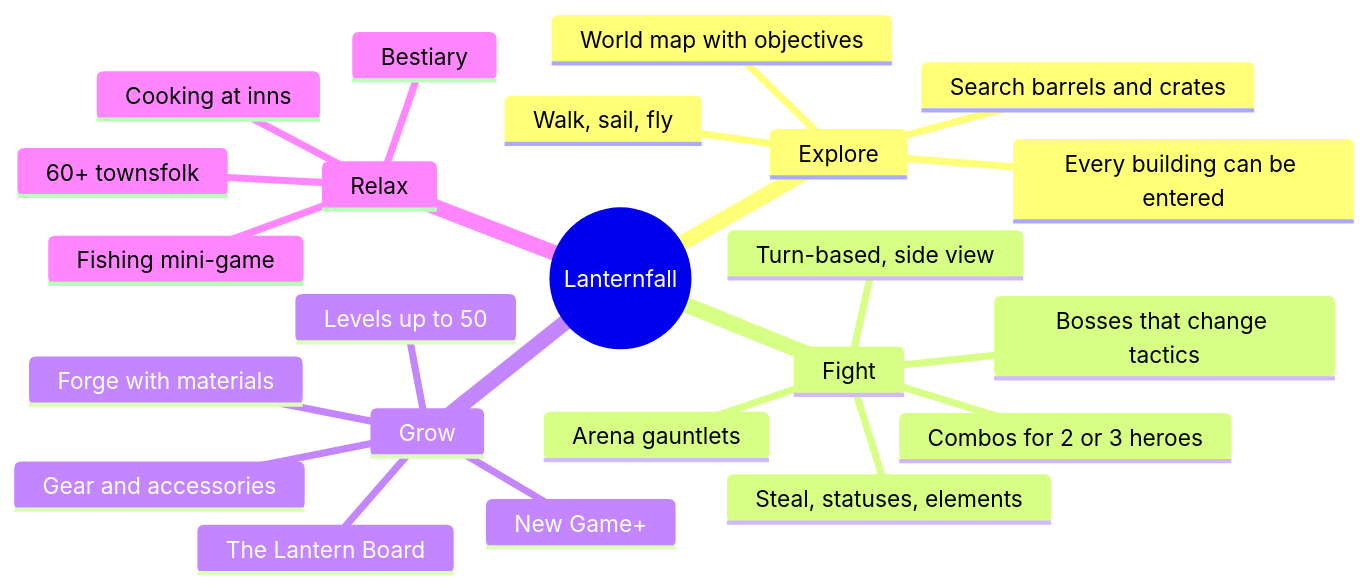
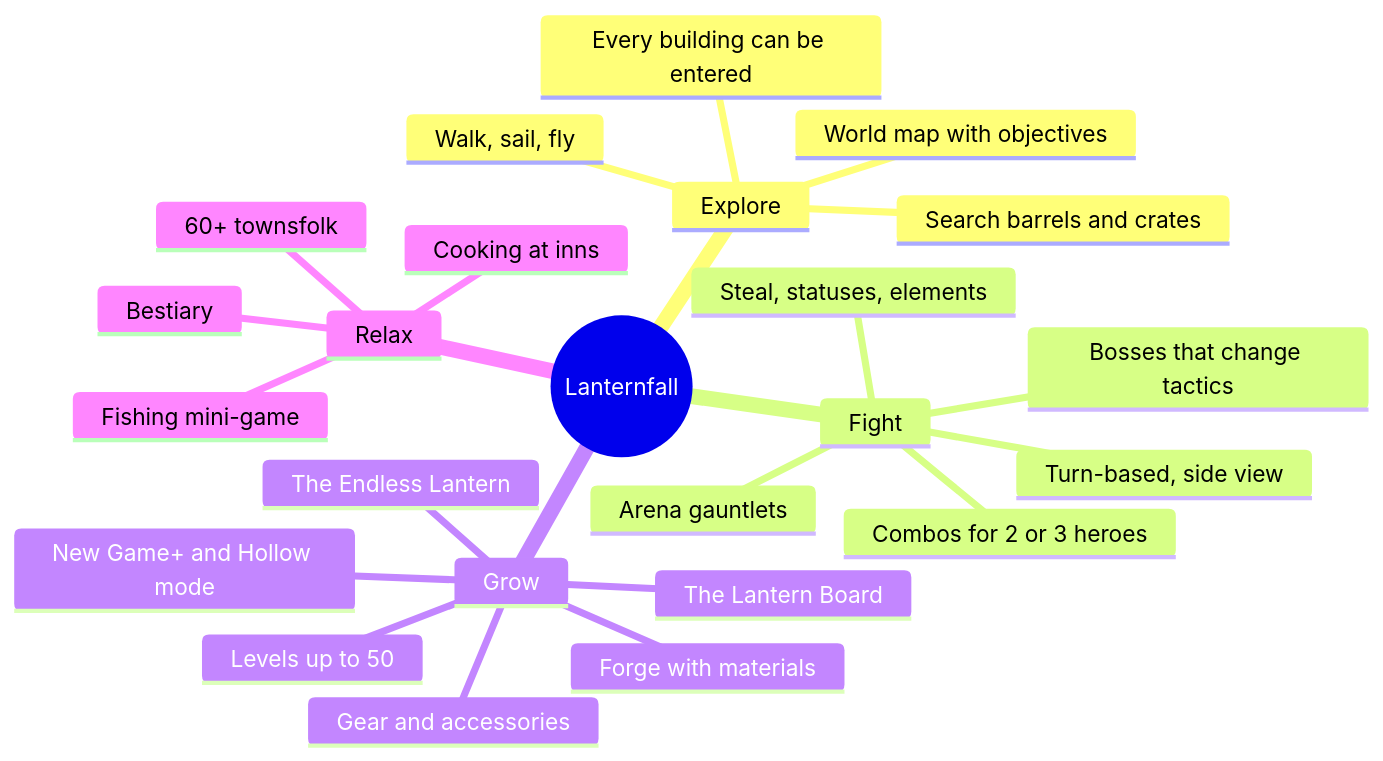
The second of 5 diagrams in README.md (CptNope/Laternfall), drawn with Mermaid before and after one commit. The commit also changed other lines of this file and 25 other files, not shown here.

````diff
--- a/README.md
+++ b/README.md
@@ -137,26 +139,27 @@
 ```mermaid
 mindmap
   root((Lanternfall))
     Explore
       Walk, sail, fly
       Every building can be entered
       Search barrels and crates
       World map with objectives
     Fight
       Turn-based, side view
       Combos for 2 or 3 heroes
       Steal, statuses, elements
       Bosses that change tactics
       Arena gauntlets
     Grow
       Levels up to 50
       The Lantern Board
       Gear and accessories
       Forge with materials
-      New Game+
+      New Game+ and Hollow mode
+      The Endless Lantern
     Relax
       Fishing mini-game
       Cooking at inns
       Bestiary
       60+ townsfolk
 ```
````
